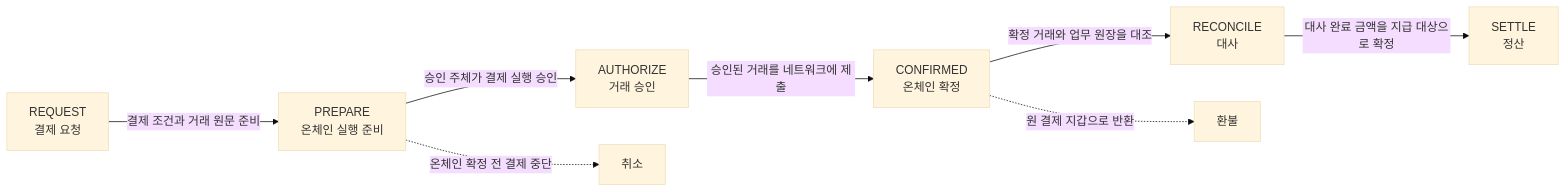
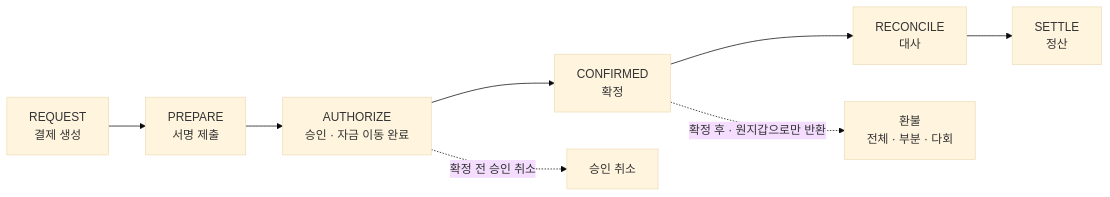
One commit to eunsujeo/eunpus changed the second of 3 diagrams in blockchain-manager/docs/디지털 자산/스테이블코인 결제/02-poc-operation-and-onchain-risk.md. Above: the diagram before and after it, drawn with Mermaid (base theme). The commit also changed other lines of this file and 2 other files, not shown here.

````diff
--- a/blockchain-manager/docs/디지털 자산/스테이블코인 결제/02-poc-operation-and-onchain-risk.md
+++ b/blockchain-manager/docs/디지털 자산/스테이블코인 결제/02-poc-operation-and-onchain-risk.md
@@ -54,10 +69,10 @@
 ```mermaid
 flowchart LR
-    REQ[REQUEST<br/>결제 요청] -->|결제 조건과 거래 원문 준비| PREP[PREPARE<br/>온체인 실행 준비]
-    PREP -->|승인 주체가 결제 실행 승인| AUTH[AUTHORIZE<br/>거래 승인]
-    AUTH -->|승인된 거래를 네트워크에 제출| CONF[CONFIRMED<br/>온체인 확정]
-    CONF -->|확정 거래와 업무 원장을 대조| RECON[RECONCILE<br/>대사]
-    RECON -->|대사 완료 금액을 지급 대상으로 확정| SETTLE[SETTLE<br/>정산]
-    PREP -.->|온체인 확정 전 결제 중단| CANCEL[취소]
-    CONF -.->|원 결제 지갑으로 반환| REFUND[환불]
+    REQ[REQUEST<br/>결제 생성] --> PREP[PREPARE<br/>서명 제출]
+    PREP --> AUTH[AUTHORIZE<br/>승인 · 자금 이동 완료]
+    AUTH --> CONF[CONFIRMED<br/>확정]
+    CONF --> RECON[RECONCILE<br/>대사]
+    RECON --> SETTLE[SETTLE<br/>정산]
+    AUTH -.->|확정 전 승인 취소| CANCEL[승인 취소]
+    CONF -.->|확정 후 · 원지갑으로만 반환| REFUND[환불<br/>전체 · 부분 · 다회]
 ```
````
